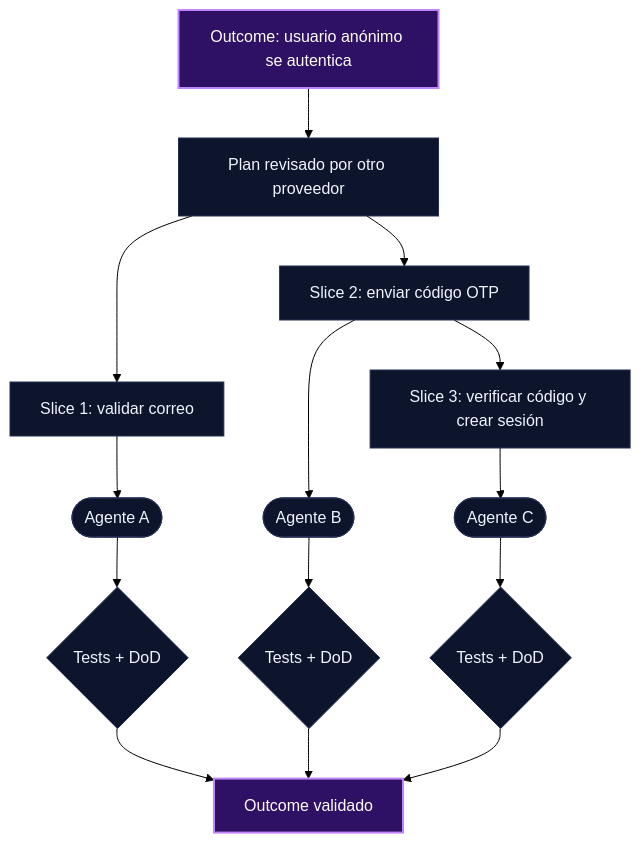
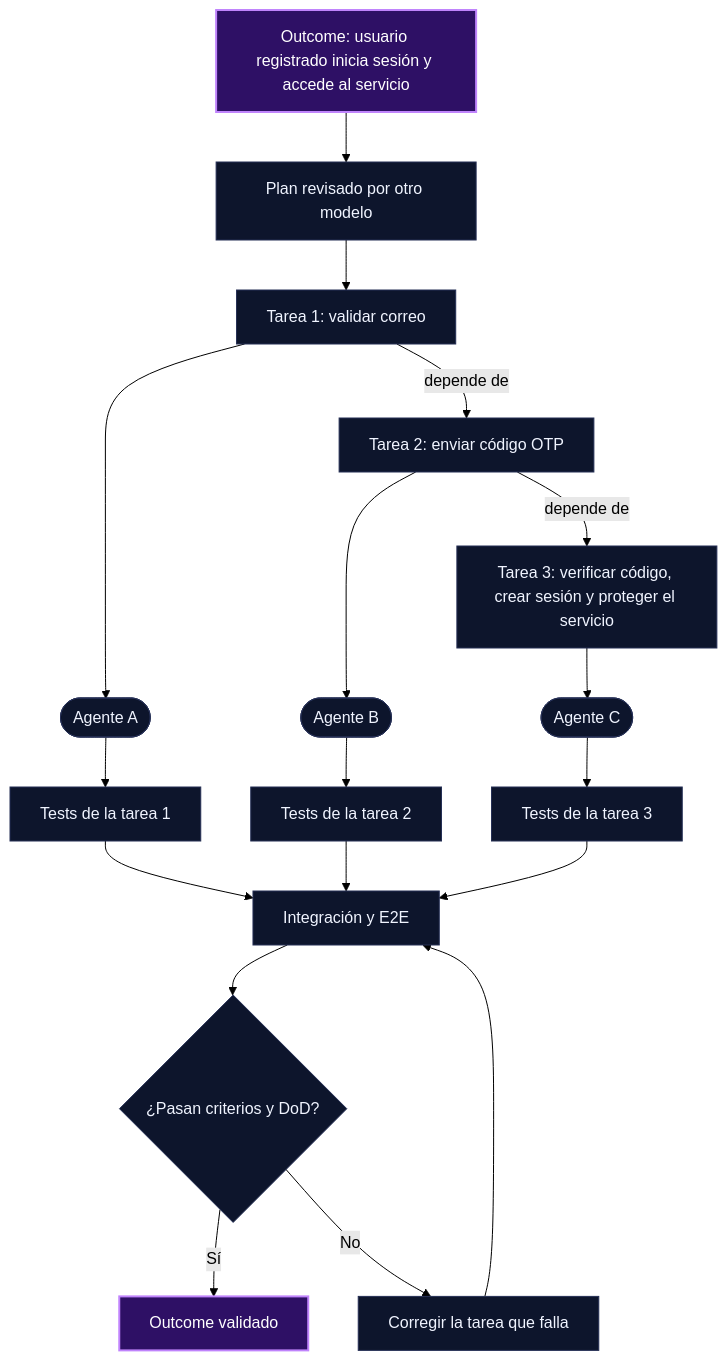
Before and after one commit to ericmaster/ericmaster-ninja: the diagram in src/pages/posts/lo-caro-de-un-agente-es-la-atencion.md, drawn with Mermaid (forest theme). The commit also changed other lines of this file, not shown here.

Commit message:
post(lo-caro): apply editorial review: source framing, controls, vertical slices, OTP test cases, mermaid gate

````diff
--- a/src/pages/posts/lo-caro-de-un-agente-es-la-atencion.md
+++ b/src/pages/posts/lo-caro-de-un-agente-es-la-atencion.md
@@ -91,19 +103,23 @@
 ```mermaid
 flowchart TD
-  outcome["Outcome: usuario anónimo se autentica"] --> plan["Plan revisado por otro proveedor"]
-  plan --> s1["Slice 1: validar correo"]
-  plan --> s2["Slice 2: enviar código OTP"]
-  s2 --> s3["Slice 3: verificar código y crear sesión"]
+  outcome["Outcome: usuario registrado inicia sesión y accede al servicio"] --> plan["Plan revisado por otro modelo"]
+  plan --> s1["Tarea 1: validar correo"]
+  s1 -->|depende de| s2["Tarea 2: enviar código OTP"]
+  s2 -->|depende de| s3["Tarea 3: verificar código, crear sesión y proteger el servicio"]
   s1 --> a1(["Agente A"])
   s2 --> a2(["Agente B"])
   s3 --> a3(["Agente C"])
-  a1 --> t1{"Tests + DoD"}
-  a2 --> t2{"Tests + DoD"}
-  a3 --> t3{"Tests + DoD"}
-  t1 --> done["Outcome validado"]
-  t2 --> done
-  t3 --> done
+  a1 --> t1["Tests de la tarea 1"]
+  a2 --> t2["Tests de la tarea 2"]
+  a3 --> t3["Tests de la tarea 3"]
+  t1 --> e2e["Integración y E2E"]
+  t2 --> e2e
+  t3 --> e2e
+  e2e --> gate{"¿Pasan criterios y DoD?"}
+  gate -->|Sí| done["Outcome validado"]
+  gate -->|No| fix["Corregir la tarea que falla"]
+  fix --> e2e
   classDef default fill:#0d152c,stroke:#252f55,stroke-width:1px,color:#f0f4ff;
   classDef selected fill:#2e1065,stroke:#c084fc,stroke-width:2px,color:#fff;
   class outcome,done selected;
 ```
````
